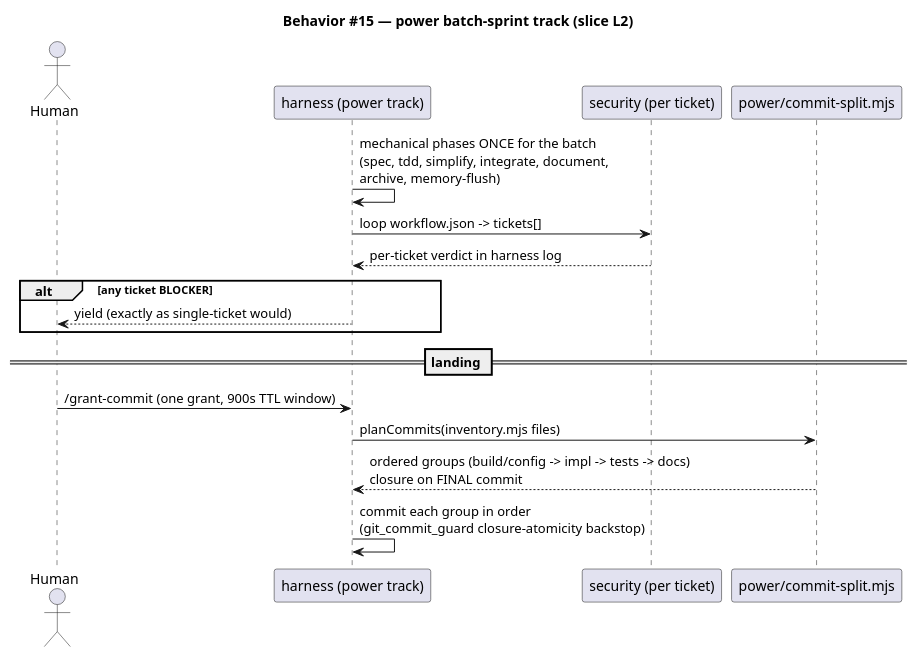
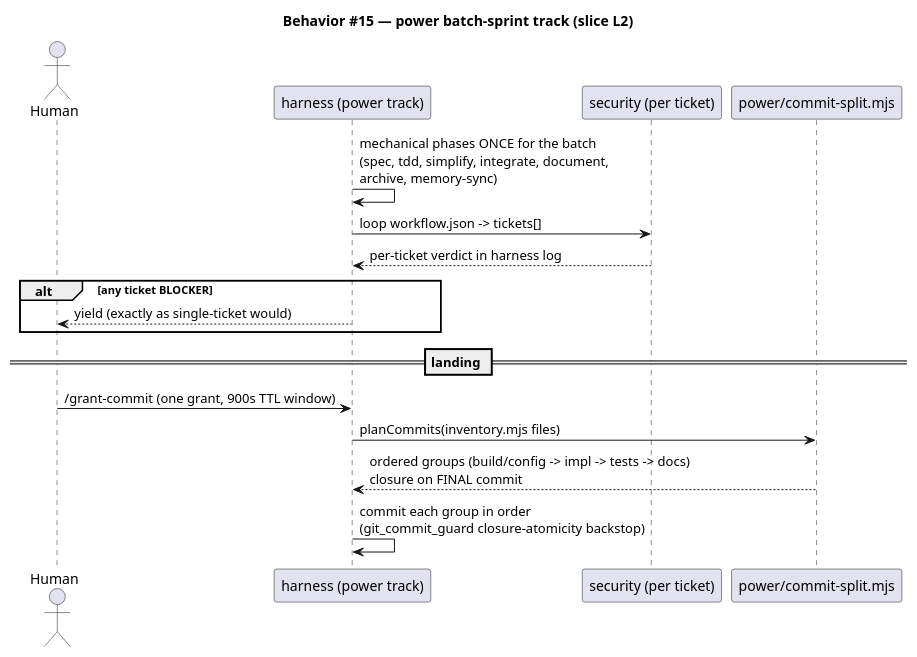
Before and after one commit to friedbotstudio/baseline: diagram 18 of 20 in docs/specs/erp-portables.md, drawn with PlantUML. The commit also changed other lines of this file and 84 other files, not shown here.

First line of the commit message:
docs: rename the flush phase across the constitution chain and memory

````diff
--- a/docs/specs/erp-portables.md
+++ b/docs/specs/erp-portables.md
@@ -404,20 +404,20 @@
 ```plantuml
 @startuml
 title Behavior #15 — power batch-sprint track (slice L2)
 actor Human
 participant "harness (power track)" as h
 participant "security (per ticket)" as sec
 participant "power/commit-split.mjs" as split
-h -> h : mechanical phases ONCE for the batch\n(spec, tdd, simplify, integrate, document,\narchive, memory-flush)
+h -> h : mechanical phases ONCE for the batch\n(spec, tdd, simplify, integrate, document,\narchive, memory-sync)
 h -> sec : loop workflow.json -> tickets[]
 sec --> h : per-ticket verdict in harness log
 alt any ticket BLOCKER
   h --> Human : yield (exactly as single-ticket would)
 end
 == landing ==
 Human -> h : /grant-commit (one grant, 900s TTL window)
 h -> split : planCommits(inventory.mjs files)
 split --> h : ordered groups (build/config -> impl -> tests -> docs)\nclosure on FINAL commit
 h -> h : commit each group in order\n(git_commit_guard closure-atomicity backstop)
 @enduml
 ```
````
